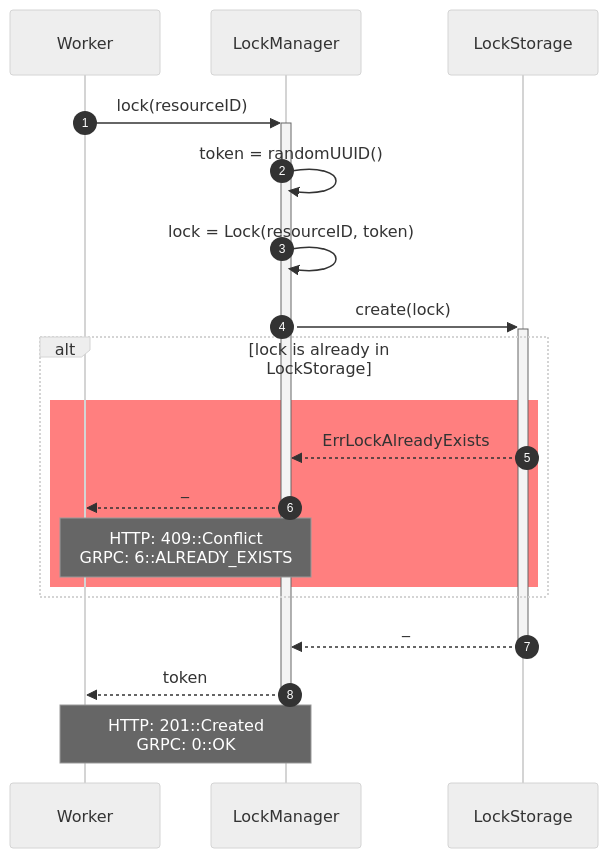
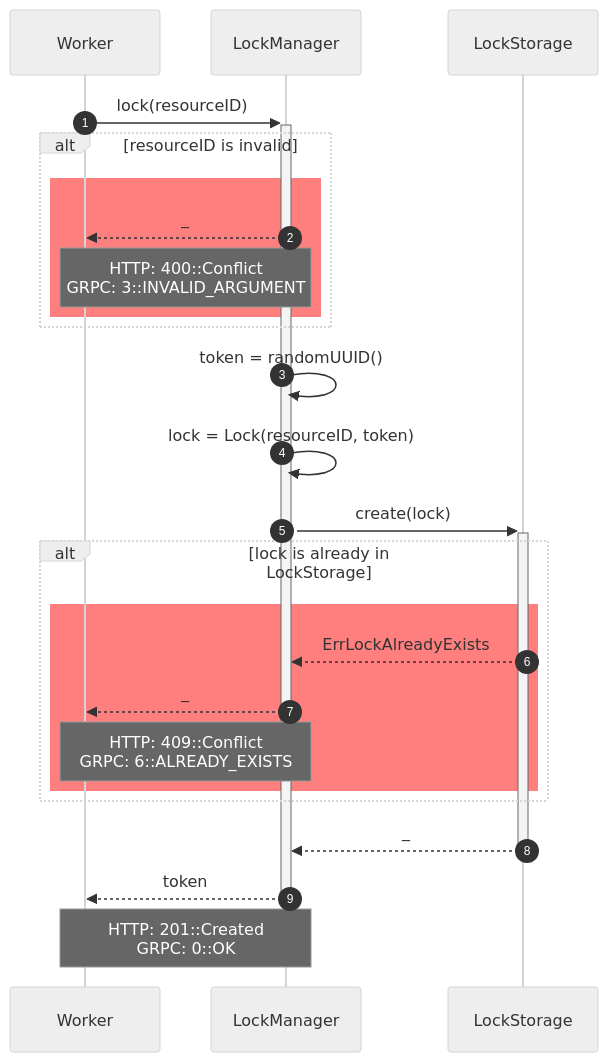
The diagram in docs/lock-manager/src/sequence/lock.mmd (ruslanSorokin/lock-manager), drawn with Mermaid (neutral theme) before and after one commit. The commit also changed 1 other file, not shown here.

Commit message:
docs(uml:lock): add 400 response

```diff
--- a/docs/lock-manager/src/sequence/lock.mmd
+++ b/docs/lock-manager/src/sequence/lock.mmd
@@ -1,20 +1,26 @@
 sequenceDiagram
   autonumber
   participant w as Worker
   participant lm as LockManager
   participant ls as LockStorage
 
   w->>+lm: lock(resourceID)
+  alt resourceID is invalid
+    rect rgba(255, 0, 0, 0.5)
+      lm-->>w: _
+      Note over w,lm: HTTP: 400::Conflict<br>GRPC: 3::INVALID_ARGUMENT
+    end
+  end
   lm->>lm: token = randomUUID()
   lm->>lm: lock = Lock(resourceID, token)
   lm->>+ls: create(lock)
   alt lock is already in LockStorage
     rect rgba(255, 0, 0, 0.5)
       ls-->>lm: ErrLockAlreadyExists
       lm-->>w: _
       Note over w,lm: HTTP: 409::Conflict<br>GRPC: 6::ALREADY_EXISTS
     end
   end
   ls-->>-lm: _
   lm-->>-w: token
   Note over w,lm: HTTP: 201::Created<br>GRPC: 0::OK
```
